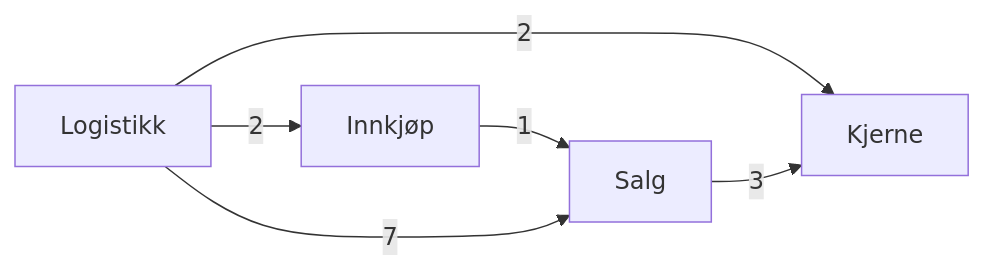
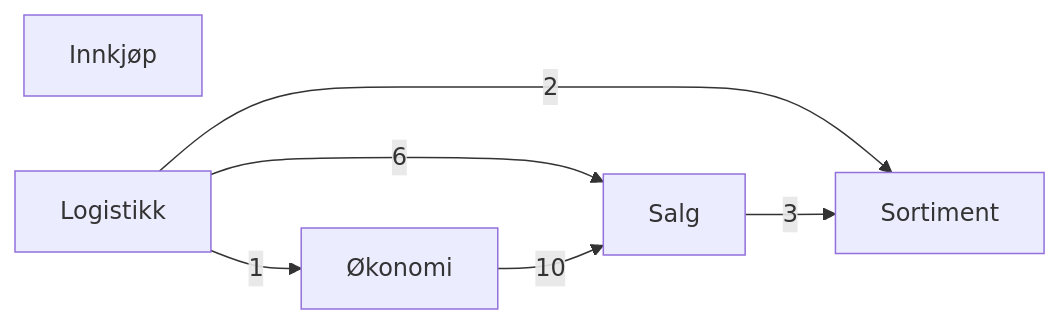
The first of 7 diagrams in katalog/OVERSIKT.md (knutasm/concept-graph), drawn with Mermaid before and after one commit. The commit also changed other lines of this file and 39 other files, not shown here.

````diff
--- a/katalog/OVERSIKT.md
+++ b/katalog/OVERSIKT.md
@@ -13,12 +13,13 @@
 ```mermaid
 flowchart LR
     innkjop["Innkjøp"]
-    kjerne["Kjerne"]
     logistikk["Logistikk"]
+    okonomi["Økonomi"]
     salg["Salg"]
-    innkjop -->|1| salg
-    logistikk -->|2| innkjop
-    logistikk -->|2| kjerne
-    logistikk -->|7| salg
-    salg -->|3| kjerne
+    sortiment["Sortiment"]
+    logistikk -->|1| okonomi
+    logistikk -->|6| salg
+    logistikk -->|2| sortiment
+    okonomi -->|10| salg
+    salg -->|3| sortiment
 ```
````
